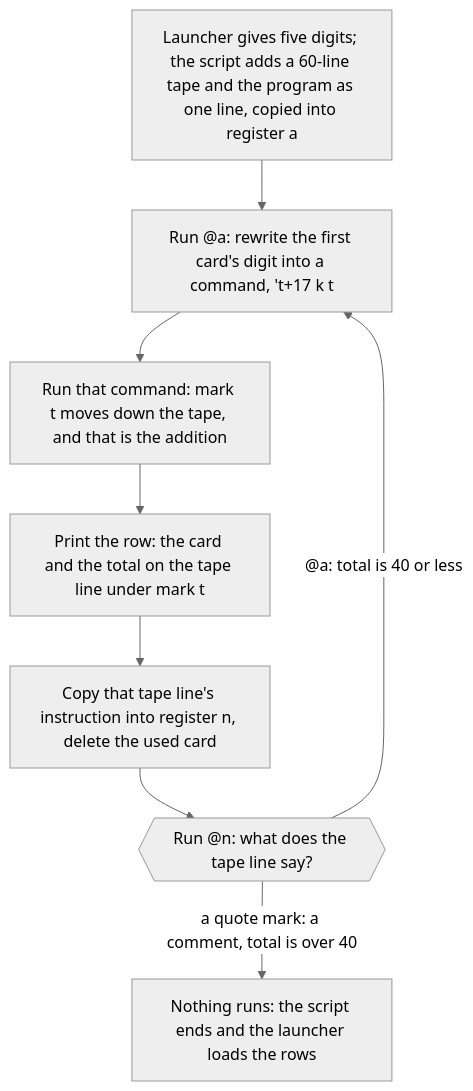
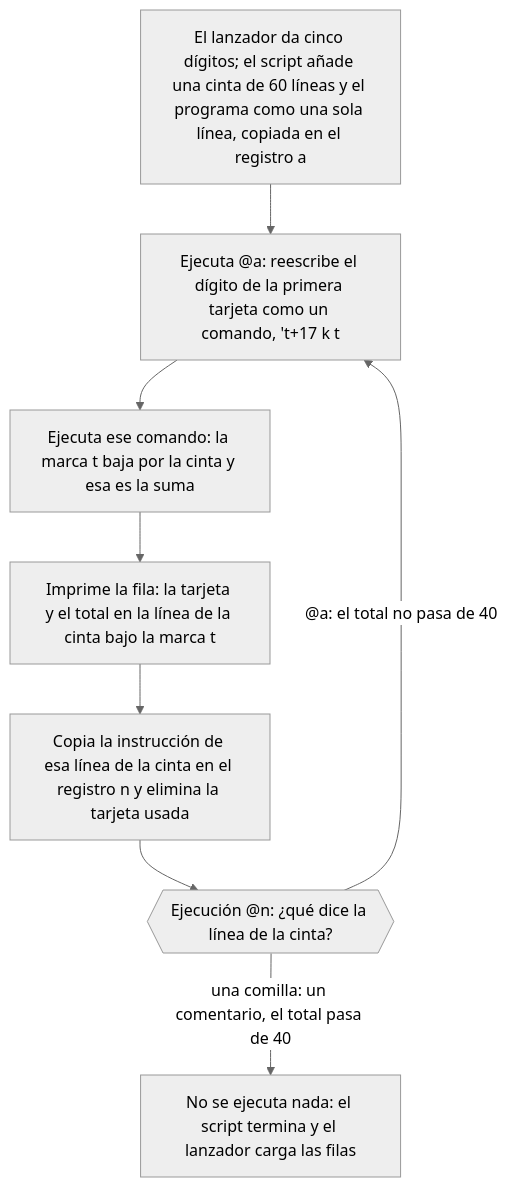
The diagram in src/ex-weird/README.md (dullroar/aprende-a-programar-como-un-bicho-raro), drawn with Mermaid (neutral theme) before and after one commit. The commit also changed other lines of this file and 13 other files, not shown here.

Commit message:
loop(P4-src-6): ex-weird, find-gnu READMEs translated (152 segments); verb-build, localized-number and title waivers, digit, comma and heading fixes

````diff
--- a/src/ex-weird/README.md
+++ b/src/ex-weird/README.md
@@ -60,12 +60,12 @@
 ```mermaid
 flowchart TD
-    accTitle: ex-weird: a register that holds the command that runs it again
-    accDescr: A flowchart. The launcher gives Ex five digits as cards. The script adds a tape of sixty lines under the cards, and the program as one line of text, which it copies into register a. Running register a starts the loop. The first card's digit is rewritten into a command that moves the mark t down the tape, and running it adds the hours. The program prints the row, using the total from the tape line under the mark. It copies that tape line's instruction into register n and deletes the used card. Running register n then does what the tape line says. Up to 40, the line says to run register a again. Above 40, the line is a comment, so nothing runs and the script ends.
-    A["Launcher gives five digits; the script adds a 60-line tape and the program as one line, copied into register a"] --> B["Run @a: rewrite the first card's digit into a command, 't+17 k t"]
-    B --> C["Run that command: mark t moves down the tape, and that is the addition"]
-    C --> D["Print the row: the card and the total on the tape line under mark t"]
-    D --> E["Copy that tape line's instruction into register n, delete the used card"]
-    E --> F{{"Run @n: what does the tape line say?"}}
-    F -->|"@a: total is 40 or less"| B
-    F -->|"a quote mark: a comment, total is over 40"| G["Nothing runs: the script ends and the launcher loads the rows"]
+    accTitle: ex-weird: un registro que guarda el comando que lo ejecuta de nuevo
+    accDescr: Un diagrama de flujo. El lanzador entrega a Ex cinco dígitos como tarjetas. El script añade bajo las tarjetas una cinta de sesenta líneas y el programa como una sola línea de texto, que copia en el registro a. Ejecutar el registro a inicia el bucle. El dígito de la primera tarjeta se reescribe como un comando que baja la marca t por la cinta, y ejecutarlo suma las horas. El programa imprime la fila con el total de la línea de la cinta que está bajo la marca. Copia la instrucción de esa línea de la cinta en el registro n y borra la tarjeta usada. Después, ejecutar el registro n hace lo que dice la línea de la cinta. Si el total no pasa de 40, la línea indica ejecutar de nuevo el registro a. Si pasa de 40, la línea es un comentario, así que no se ejecuta nada y el script termina.
+    A["El lanzador da cinco dígitos; el script añade una cinta de 60 líneas y el programa como una sola línea, copiada en el registro a"] --> B["Ejecuta @a: reescribe el dígito de la primera tarjeta como un comando, 't+17 k t"]
+    B --> C["Ejecuta ese comando: la marca t baja por la cinta y esa es la suma"]
+    C --> D["Imprime la fila: la tarjeta y el total en la línea de la cinta bajo la marca t"]
+    D --> E["Copia la instrucción de esa línea de la cinta en el registro n y elimina la tarjeta usada"]
+    E --> F{{"Ejecución @n: ¿qué dice la línea de la cinta?"}}
+    F -->|"@a: el total no pasa de 40"| B
+    F -->|"una comilla: un comentario, el total pasa de 40"| G["No se ejecuta nada: el script termina y el lanzador carga las filas"]
 ```
````
